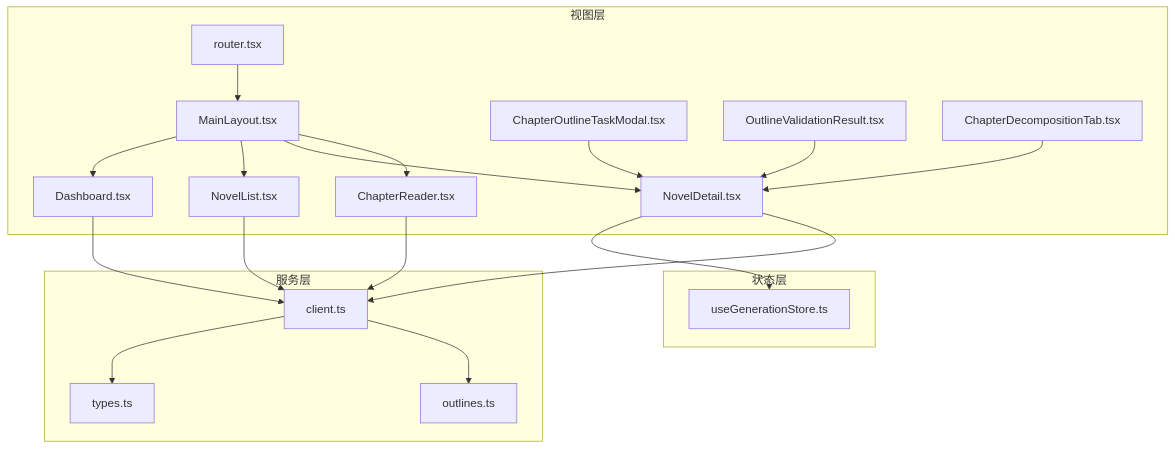
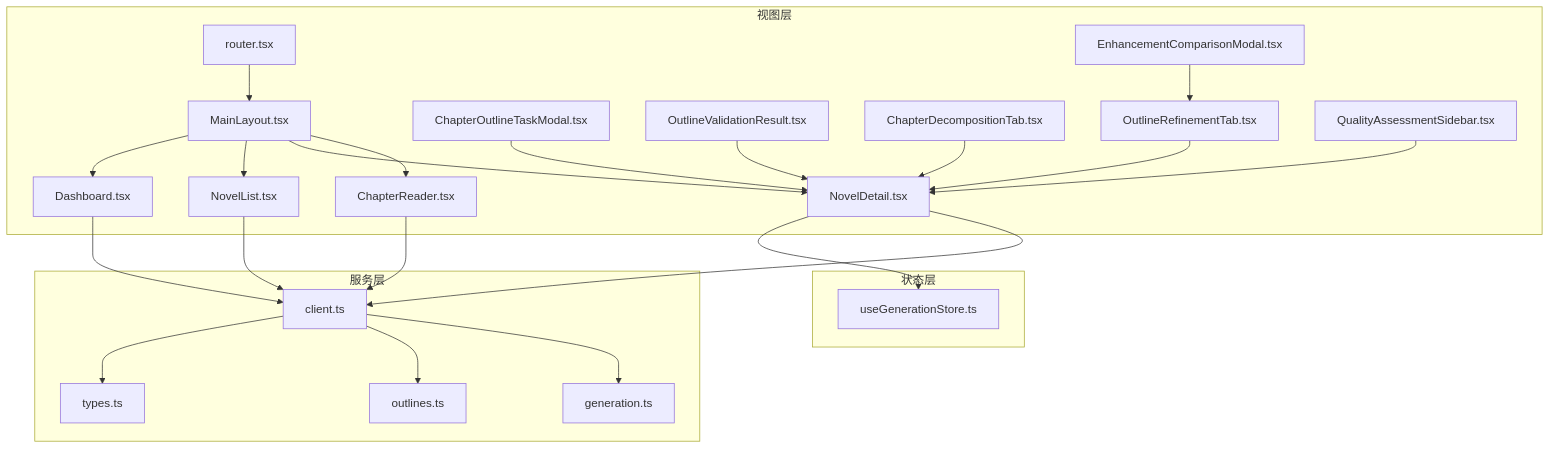
The second of 7 diagrams in .qoder/repowiki/zh/content/前端架构/前端架构.md (xfbyxq/ai-novel-system), drawn with Mermaid before and after one commit. The commit also changed other lines of this file and 17 other files, not shown here.

````diff
--- a/.qoder/repowiki/zh/content/前端架构/前端架构.md
+++ b/.qoder/repowiki/zh/content/前端架构/前端架构.md
@@ -142,37 +169,45 @@
 ```mermaid
 graph TB
 subgraph "视图层"
 R["router.tsx"]
 L["MainLayout.tsx"]
 P1["Dashboard.tsx"]
 P2["NovelList.tsx"]
 P3["NovelDetail.tsx"]
 P4["ChapterReader.tsx"]
 C1["ChapterOutlineTaskModal.tsx"]
 C2["OutlineValidationResult.tsx"]
 C3["ChapterDecompositionTab.tsx"]
+C4["OutlineRefinementTab.tsx"]
+C5["EnhancementComparisonModal.tsx"]
+C6["QualityAssessmentSidebar.tsx"]
 end
 subgraph "状态层"
 Z["useGenerationStore.ts"]
 end
 subgraph "服务层"
 C["client.ts"]
 T["types.ts"]
 O["outlines.ts"]
+G["generation.ts"]
 end
 R --> L
 L --> P1
 L --> P2
 L --> P3
 L --> P4
 P3 --> Z
 P1 --> C
 P2 --> C
 P3 --> C
 P4 --> C
 C --> T
 C --> O
+C --> G
 C1 --> P3
 C2 --> P3
 C3 --> P3
+C4 --> P3
+C5 --> C4
+C6 --> P3
 ```
````
